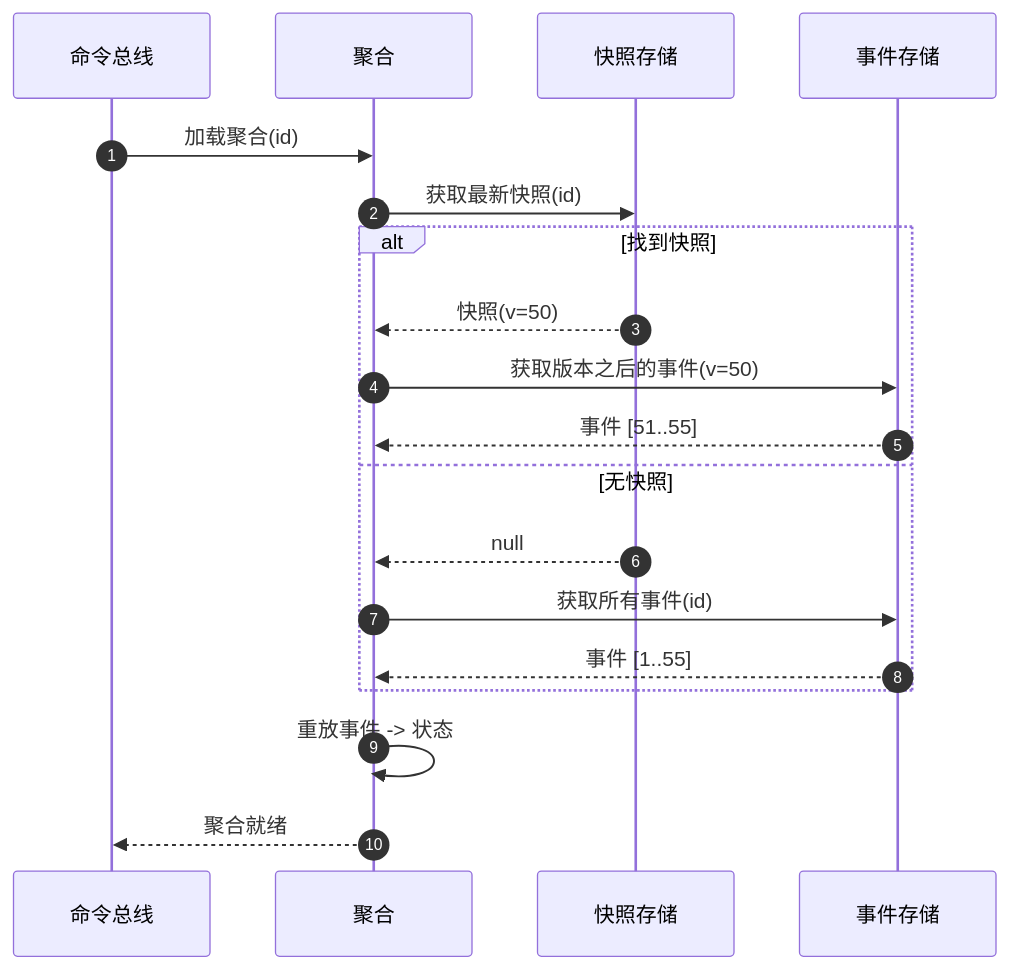
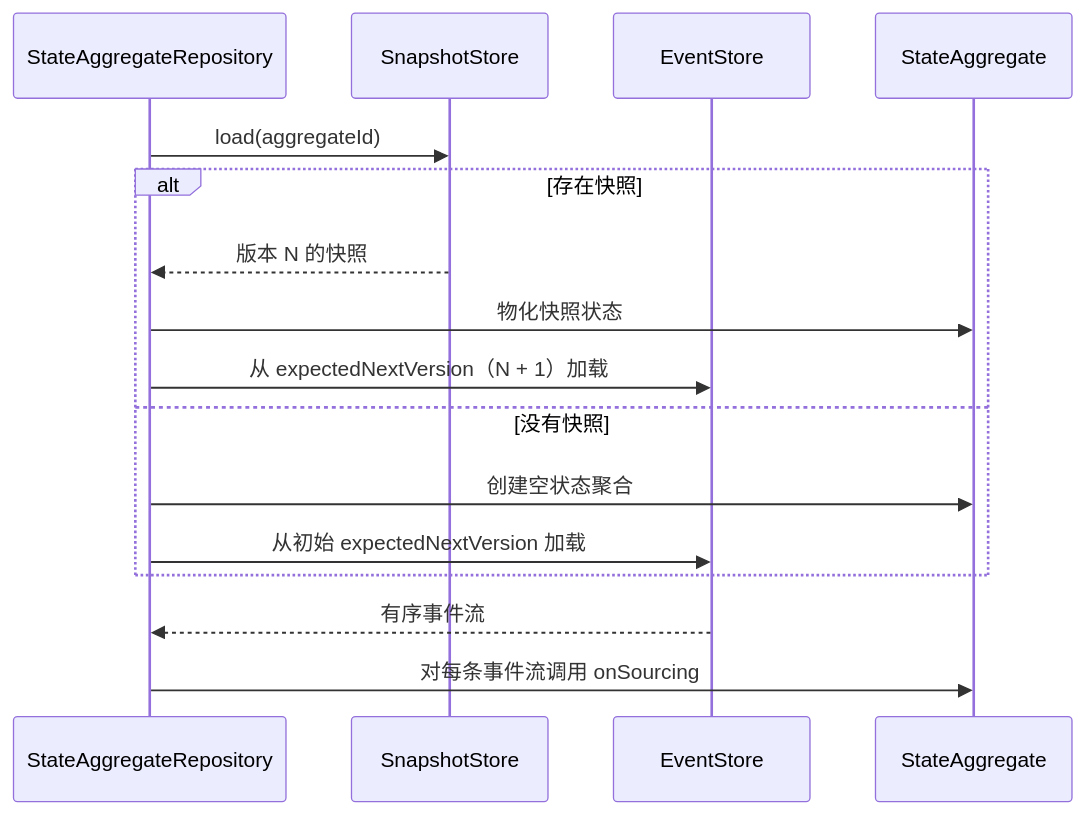
Before and after one commit to Ahoo-Wang/Wow: the first of 3 diagrams in documentation/docs/zh/guide/snapshot.md, drawn with Mermaid. The commit also changed other lines of this file and 166 other files, not shown here.

````diff
--- a/documentation/docs/zh/guide/snapshot.md
+++ b/documentation/docs/zh/guide/snapshot.md
@@ -27,22 +31,19 @@
 ```mermaid
 sequenceDiagram
-    autonumber
-    participant CB as 命令总线
-    participant AG as 聚合
-    participant SS as 快照存储
-    participant ES as 事件存储
+    participant R as StateAggregateRepository
+    participant S as SnapshotStore
+    participant E as EventStore
+    participant A as StateAggregate
 
-    CB->>AG: 加载聚合(id)
-    AG->>SS: 获取最新快照(id)
-    alt 找到快照
-        SS-->>AG: 快照(v=50)
-        AG->>ES: 获取版本之后的事件(v=50)
-        ES-->>AG: 事件 [51..55]
-    else 无快照
-        SS-->>AG: null
-        AG->>ES: 获取所有事件(id)
-        ES-->>AG: 事件 [1..55]
+    R->>S: load(aggregateId)
+    alt 存在快照
+        S-->>R: 版本 N 的快照
+        R->>A: 物化快照状态
+        R->>E: 从 expectedNextVersion（N + 1）加载
+    else 没有快照
+        R->>A: 创建空状态聚合
+        R->>E: 从初始 expectedNextVersion 加载
     end
-    AG->>AG: 重放事件 -> 状态
-    AG-->>CB: 聚合就绪
+    E-->>R: 有序事件流
+    R->>A: 对每条事件流调用 onSourcing
 ```
````
